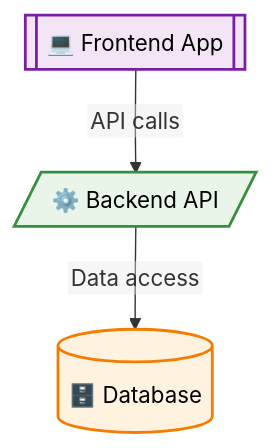
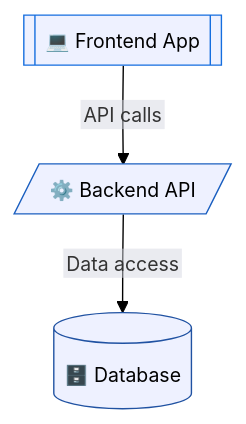
Before and after one commit to finos/architecture-as-code: the second of 2 diagrams in calm-widgets/test-fixtures/block-architecture-widget/theme-light/expected.md, drawn with Mermaid. The commit also changed other lines of this file and 18 other files, not shown here.

````diff
--- a/calm-widgets/test-fixtures/block-architecture-widget/theme-light/expected.md
+++ b/calm-widgets/test-fixtures/block-architecture-widget/theme-light/expected.md
@@ -29,25 +39,35 @@
 ```mermaid
+---
+config:
+  theme: base
+  themeVariables:
+    fontFamily: -apple-system, BlinkMacSystemFont, 'Segoe WPC', 'Segoe UI', system-ui, 'Ubuntu', sans-serif
+    darkMode: false
+    fontSize: 14px
+    edgeLabelBackground: '#d5d7e1'
+    lineColor: '#000000'
+---
 %%{init: {"flowchart": {"htmlLabels": false}}}%%
 flowchart TB
-classDef boundary fill:#f8fafc,stroke:#64748b,stroke-dasharray: 5 4,stroke-width:2px,color:#000;
-classDef node fill:#ffffff,stroke:#1f2937,stroke-width:1px,color:#000;
-classDef iface fill:#f1f5f9,stroke:#64748b,stroke-width:1px,font-size:10px,color:#000;
-classDef highlight fill:#fef3c7,stroke:#f59e0b,stroke-width:2px,color:#000;
-classDef actor fill:#e3f2fd,stroke:#1976d2,stroke-width:2px,color:#000;
-classDef database fill:#fff3e0,stroke:#f57c00,stroke-width:2px,color:#000;
-classDef webclient fill:#f3e5f5,stroke:#7b1fa2,stroke-width:2px,color:#000;
-classDef service fill:#e8f5e8,stroke:#388e3c,stroke-width:2px,color:#000;
-classDef messagebus fill:#fce4ec,stroke:#c2185b,stroke-width:2px,color:#000;
-classDef system fill:#fff8e1,stroke:#f9a825,stroke-width:2px,color:#000;
+classDef boundary fill:#e1e4f0,stroke:#204485,stroke-dasharray: 5 4,stroke-width:1px,color:#000000;
+classDef node fill:#eef1ff,stroke:#007dff,stroke-width:1px,color:#000000;
+classDef iface fill:#f0f0f0,stroke:#b6b6b6,stroke-width:1px,font-size:10px,color:#000000;
+classDef highlight fill:#fdf7ec,stroke:#f0c060,stroke-width:1px,color:#000000;
+classDef actor fill:#eef1ff,stroke:#007dff,stroke-width:1px,color:#000000;
+classDef database fill:#eef1ff,stroke:#2052a2,stroke-width:1px,color:#000000;
+classDef webclient fill:#eef1ff,stroke:#156edf,stroke-width:1px,color:#000000;
+classDef service fill:#eef1ff,stroke:#1c60c0,stroke-width:1px,color:#000000;
+classDef messagebus fill:#eef1ff,stroke:#1c60c0,stroke-width:1px,color:#000000;
+classDef system fill:#eef1ff,stroke:#204485,stroke-width:1px,color:#000000;
 
 
     backend[/"⚙️ Backend API"/]:::service
     db[(🗄️ Database)]:::database
     frontend[[💻 Frontend App]]:::webclient
 
     frontend -->|API calls| backend
     backend -->|Data access| db
 
 
 
 ```
````
